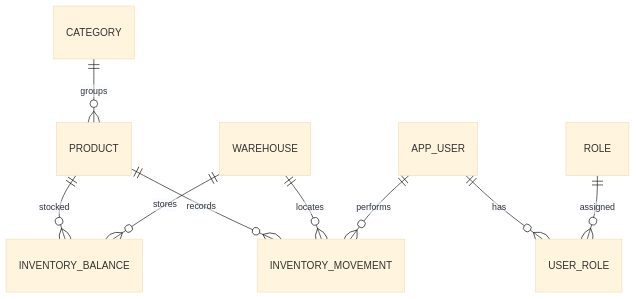
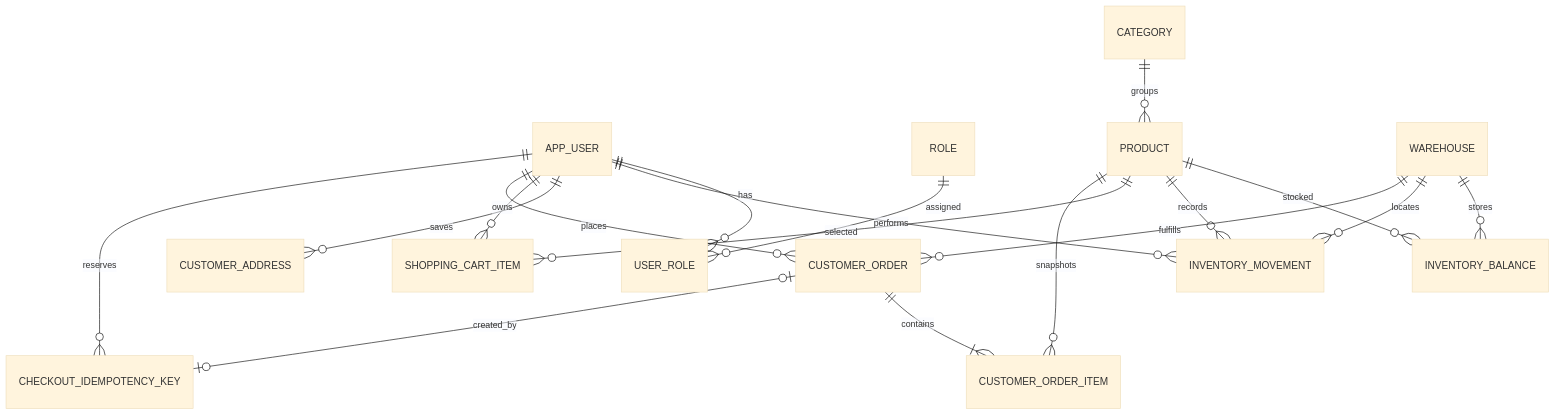
Before and after one commit to EARL146/IMS-System-Flow-and-Architecture-Report: the diagram in docs/obsidian/Inventory Management System/02 - Database/Entity Relationships.md, drawn with Mermaid (base theme). The commit also changed other lines of this file and 84 other files, not shown here.

Commit message:
feat: add customer cart checkout and order history

````diff
--- a/docs/obsidian/Inventory Management System/02 - Database/Entity Relationships.md
+++ b/docs/obsidian/Inventory Management System/02 - Database/Entity Relationships.md
@@ -9,11 +9,20 @@
 ```mermaid
 erDiagram
   APP_USER ||--o{ USER_ROLE : has
   ROLE ||--o{ USER_ROLE : assigned
   CATEGORY ||--o{ PRODUCT : groups
   PRODUCT ||--o{ INVENTORY_BALANCE : stocked
   WAREHOUSE ||--o{ INVENTORY_BALANCE : stores
   PRODUCT ||--o{ INVENTORY_MOVEMENT : records
   WAREHOUSE ||--o{ INVENTORY_MOVEMENT : locates
   APP_USER ||--o{ INVENTORY_MOVEMENT : performs
+  APP_USER ||--o{ CUSTOMER_ADDRESS : saves
+  APP_USER ||--o{ SHOPPING_CART_ITEM : owns
+  PRODUCT ||--o{ SHOPPING_CART_ITEM : selected
+  APP_USER ||--o{ CUSTOMER_ORDER : places
+  WAREHOUSE ||--o{ CUSTOMER_ORDER : fulfills
+  CUSTOMER_ORDER ||--|{ CUSTOMER_ORDER_ITEM : contains
+  PRODUCT ||--o{ CUSTOMER_ORDER_ITEM : snapshots
+  APP_USER ||--o{ CHECKOUT_IDEMPOTENCY_KEY : reserves
+  CUSTOMER_ORDER o|--o| CHECKOUT_IDEMPOTENCY_KEY : created_by
 ```
````
